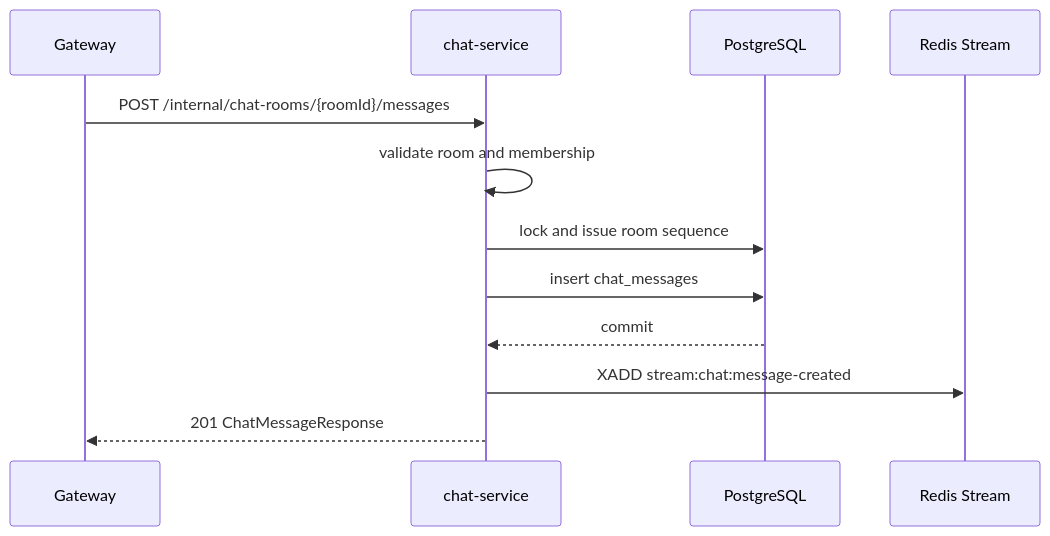
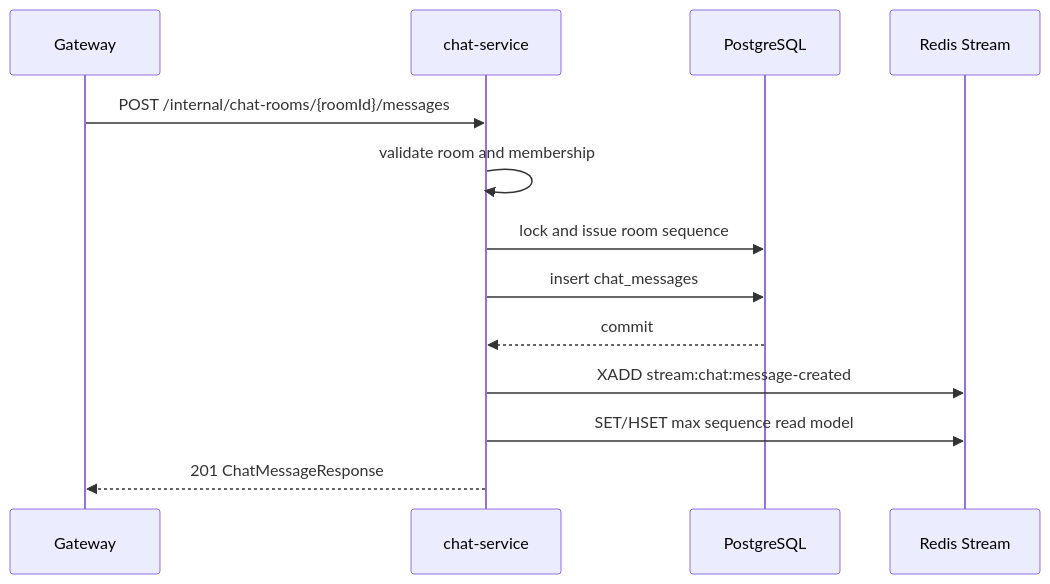
The diagram in docs/services/chat-service/features/chat-messages.md (joypeb/relay-platform), drawn with Mermaid before and after one commit. The commit also changed other lines of this file and 3 other files, not shown here.

Commit message:
[DOCS] Document chat read state contracts

````diff
--- a/docs/services/chat-service/features/chat-messages.md
+++ b/docs/services/chat-service/features/chat-messages.md
@@ -16,15 +17,16 @@
 ```mermaid
 sequenceDiagram
     participant Gateway
     participant ChatService as chat-service
     participant DB as PostgreSQL
     participant Redis as Redis Stream
 
     Gateway->>ChatService: POST /internal/chat-rooms/{roomId}/messages
     ChatService->>ChatService: validate room and membership
     ChatService->>DB: lock and issue room sequence
     ChatService->>DB: insert chat_messages
     DB-->>ChatService: commit
     ChatService->>Redis: XADD stream:chat:message-created
+    ChatService->>Redis: SET/HSET max sequence read model
     ChatService-->>Gateway: 201 ChatMessageResponse
 ```
````
